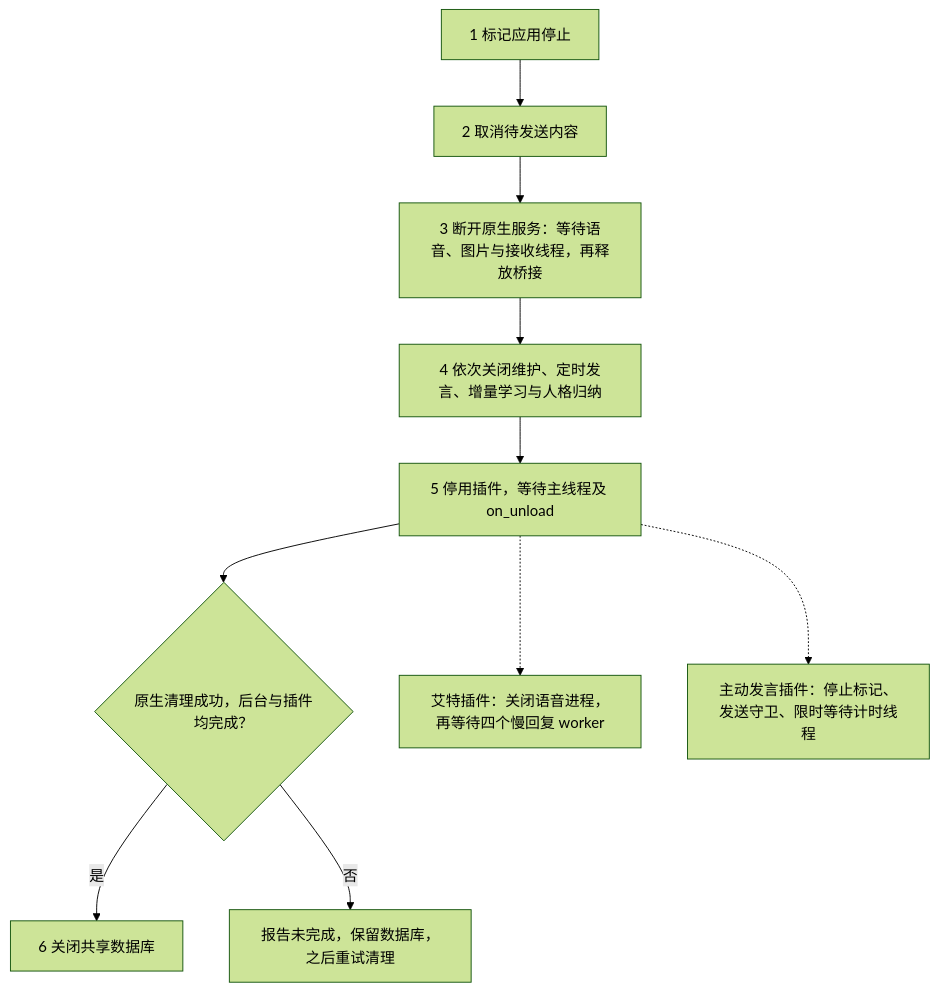
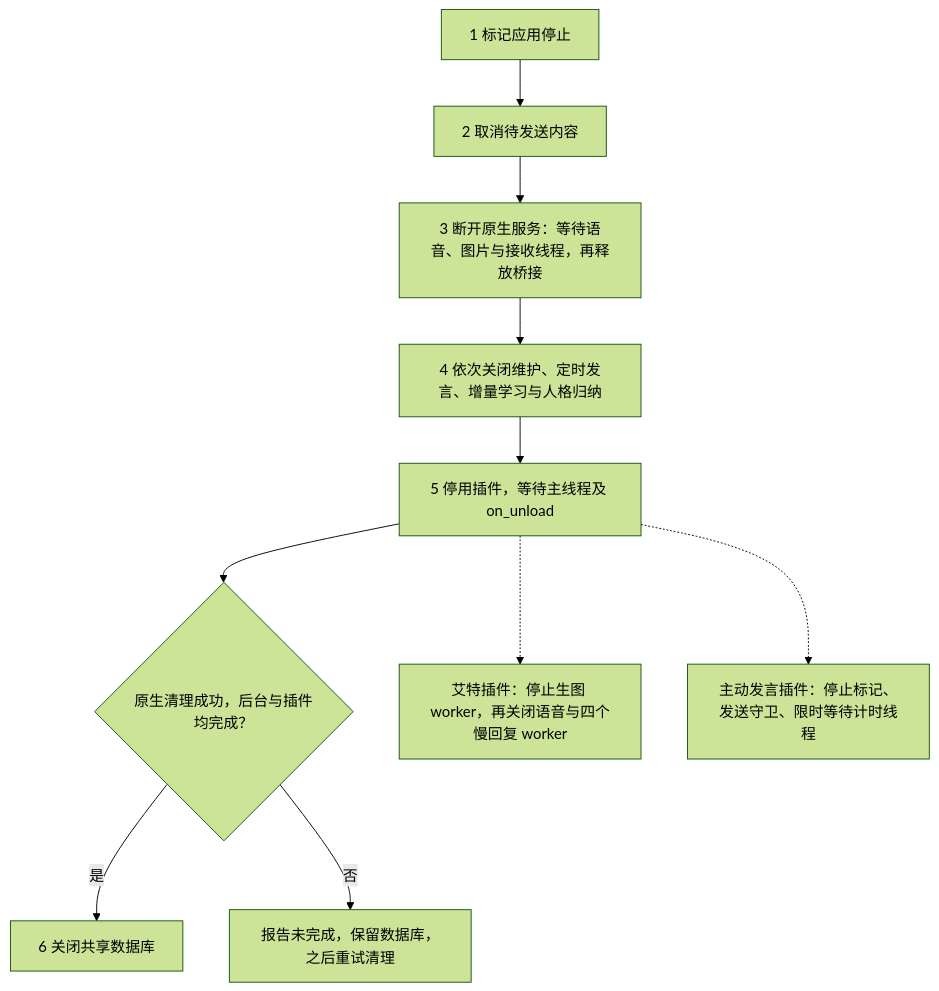
Before and after one commit to Inmata/helper: the diagram in docs/diagrams/shutdown-threads.mmd, drawn with Mermaid (forest theme). The commit also changed 15 other files, not shown here.

First line of the commit message:
feat(生图): 接入 Magpie 生成与引用改图

```diff
--- a/docs/diagrams/shutdown-threads.mmd
+++ b/docs/diagrams/shutdown-threads.mmd
@@ -1,10 +1,10 @@
 flowchart TD
     A["1 标记应用停止"] --> B["2 取消待发送内容"]
     B --> C["3 断开原生服务：等待语音、图片与接收线程，再释放桥接"]
     C --> D["4 依次关闭维护、定时发言、增量学习与人格归纳"]
     D --> E["5 停用插件，等待主线程及 on_unload"]
     E --> H{"原生清理成功，后台与插件均完成？"}
     H -->|是| F["6 关闭共享数据库"]
     H -->|否| G["报告未完成，保留数据库，之后重试清理"]
-    E -.-> V["艾特插件：关闭语音进程，再等待四个慢回复 worker"]
+    E -.-> V["艾特插件：停止生图 worker，再关闭语音与四个慢回复 worker"]
     E -.-> P["主动发言插件：停止标记、发送守卫、限时等待计时线程"]
```
